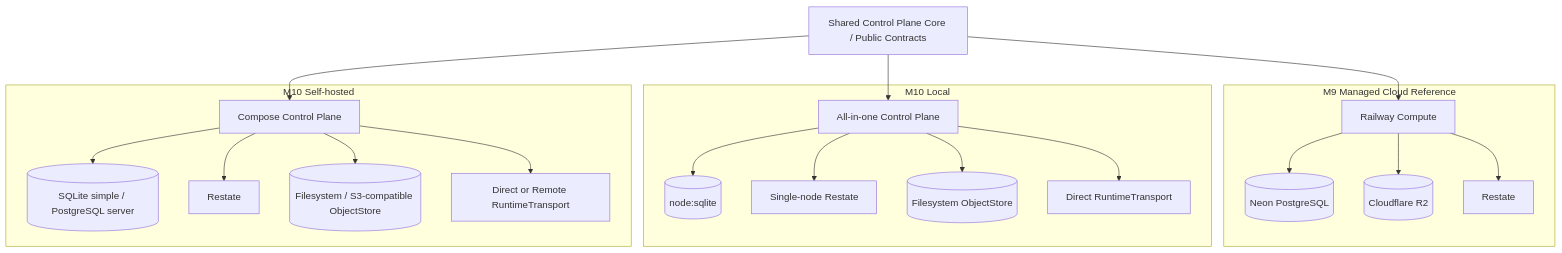
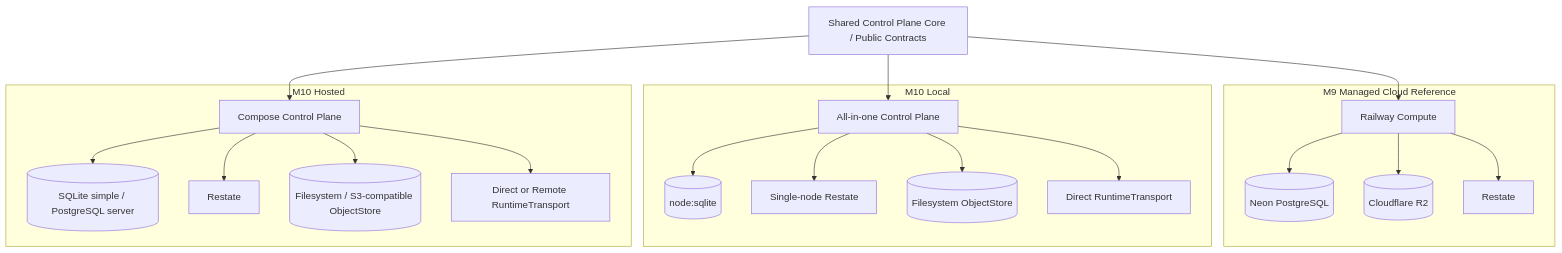
One commit to 0xPlayerOne/control-plane changed the fourth of 5 diagrams in docs/architecture/diagram-sources.md. Above: the diagram before and after it, drawn with Mermaid. The commit also changed other lines of this file and 27 other files, not shown here.

````diff
--- a/docs/architecture/diagram-sources.md
+++ b/docs/architecture/diagram-sources.md
@@ -125,44 +125,44 @@
 ```mermaid
 flowchart TB
     CORE[Shared Control Plane Core / Public Contracts]
 
     subgraph Cloud["M9 Managed Cloud Reference"]
       RAIL[Railway Compute]
       NEON[(Neon PostgreSQL)]
       R2[(Cloudflare R2)]
       RSC[Restate]
     end
 
     subgraph Local["M10 Local"]
       LCP[All-in-one Control Plane]
       SQL[(node:sqlite)]
       LRS[Single-node Restate]
       FS[(Filesystem ObjectStore)]
       DRT[Direct RuntimeTransport]
     end
 
-    subgraph Hosted["M10 Self-hosted"]
+    subgraph Hosted["M10 Hosted"]
       HCP[Compose Control Plane]
       HP[(SQLite simple / PostgreSQL server)]
       HRS[Restate]
       HOS[(Filesystem / S3-compatible ObjectStore)]
       HRT[Direct or Remote RuntimeTransport]
     end
 
     CORE --> RAIL
     RAIL --> NEON
     RAIL --> R2
     RAIL --> RSC
 
     CORE --> LCP
     LCP --> SQL
     LCP --> LRS
     LCP --> FS
     LCP --> DRT
 
     CORE --> HCP
     HCP --> HP
     HCP --> HRS
     HCP --> HOS
     HCP --> HRT
 ```
````
